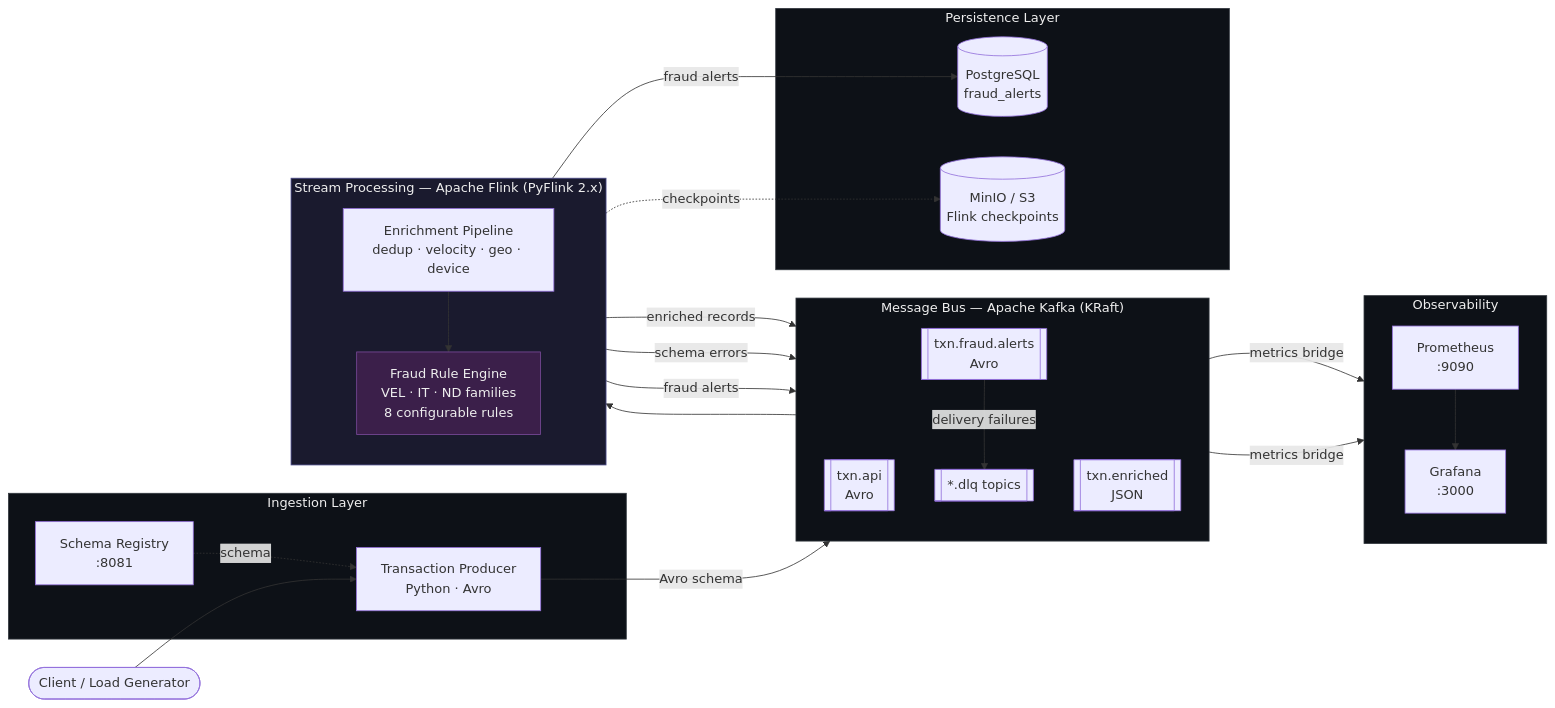
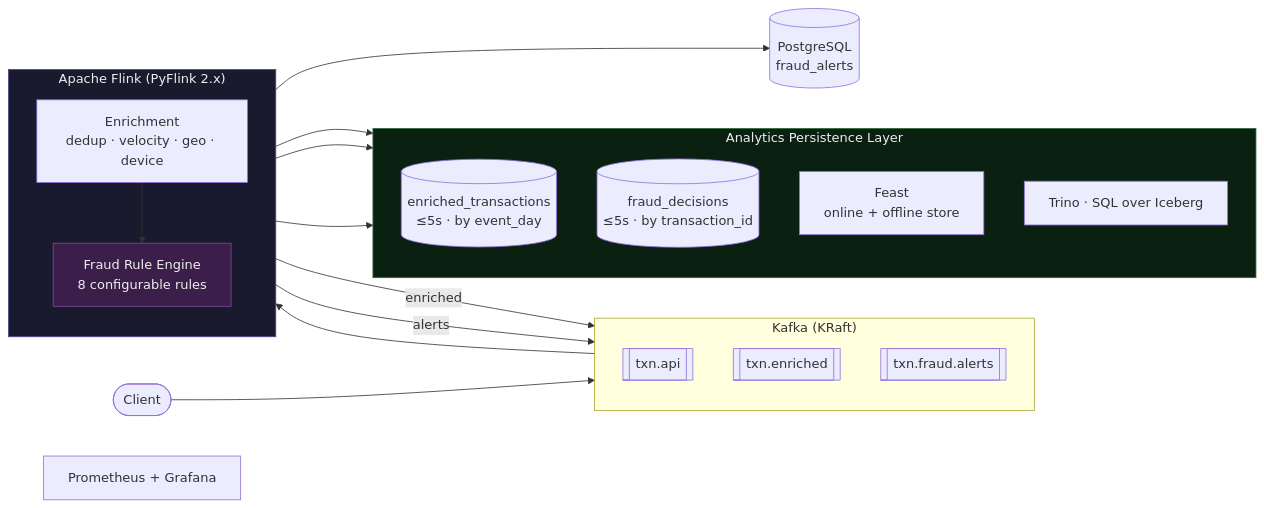
The diagram in README.md (LucasMadrid/fraudstream), drawn with Mermaid before and after one commit. The commit also changed other lines of this file and 65 other files, not shown here.

First line of the commit message:
feat(006): analytics persistence layer — Iceberg sinks, Feast store, Trino views

````diff
--- a/README.md
+++ b/README.md
@@ -71,58 +82,42 @@
 ```mermaid
 flowchart LR
-    Client(["Client / Load Generator"])
+    Client(["Client"])
 
-    subgraph Ingestion["Ingestion Layer"]
-        Producer["Transaction Producer\nPython · Avro"]
-        SchemaReg["Schema Registry\n:8081"]
+    subgraph Kafka["Kafka (KRaft)"]
+        direction TB
+        RawTopic[["txn.api"]]
+        EnrichedTopic[["txn.enriched"]]
+        AlertsTopic[["txn.fraud.alerts"]]
     end
 
-    subgraph Bus["Message Bus — Apache Kafka (KRaft)"]
+    subgraph Flink["Apache Flink (PyFlink 2.x)"]
         direction TB
-        RawTopic[["txn.api\nAvro"]]
-        EnrichedTopic[["txn.enriched\nJSON"]]
-        AlertsTopic[["txn.fraud.alerts\nAvro"]]
-        DLQTopic[["*.dlq topics"]]
+        Enrichment["Enrichment\ndedup · velocity · geo · device"]
+        Scoring["Fraud Rule Engine\n8 configurable rules"]
     end
 
-    subgraph Processing["Stream Processing — Apache Flink (PyFlink 2.x)"]
+    subgraph Analytics["Analytics Persistence Layer"]
         direction TB
-        Enrichment["Enrichment Pipeline\ndedup · velocity · geo · device"]
-        Scoring["Fraud Rule Engine\nVEL · IT · ND families\n8 configurable rules"]
+        IcebergEnriched[("enriched_transactions\n≤5s · by event_day")]
+        IcebergDecisions[("fraud_decisions\n≤5s · by transaction_id")]
+        Feast["Feast\nonline + offline store"]
+        Trino["Trino · SQL over Iceberg"]
     end
 
-    subgraph Persistence["Persistence Layer"]
-        PG[("PostgreSQL\nfraud_alerts")]
-        MinIO[("MinIO / S3\nFlink checkpoints")]
-    end
+    PG[("PostgreSQL\nfraud_alerts")]
+    Grafana["Prometheus + Grafana"]
 
-    subgraph Observability["Observability"]
-        direction TB
-        Prometheus["Prometheus\n:9090"]
-        Grafana["Grafana\n:3000"]
-    end
-
-    Client --> Producer
-    Producer -->|"Avro schema"| RawTopic
-    SchemaReg -. schema .-> Producer
-
+    Client --> RawTopic
     RawTopic --> Enrichment
     Enrichment --> Scoring
-    Enrichment -->|enriched records| EnrichedTopic
-    Enrichment -->|schema errors| DLQTopic
-    Scoring -->|fraud alerts| AlertsTopic
-    Scoring -->|fraud alerts| PG
-    AlertsTopic -->|delivery failures| DLQTopic
-    Enrichment -. checkpoints .-> MinIO
+    Enrichment -->|enriched| EnrichedTopic
+    Enrichment --> IcebergEnriched
+    Enrichment --> Feast
+    Scoring -->|alerts| AlertsTopic
+    Scoring --> PG
+    Scoring --> IcebergDecisions
 
-    AlertsTopic -->|"metrics bridge"| Prometheus
-    EnrichedTopic -->|"metrics bridge"| Prometheus
-    Prometheus --> Grafana
-
-    style Processing fill:#1a1a2e,color:#eee,stroke:#4a4a8a
+    style Flink fill:#1a1a2e,color:#eee,stroke:#4a4a8a
     style Scoring fill:#3b1f4a,color:#eee,stroke:#7a4a9a
-    style Ingestion fill:#0d1117,color:#eee,stroke:#30363d
-    style Bus fill:#0d1117,color:#eee,stroke:#30363d
-    style Persistence fill:#0d1117,color:#eee,stroke:#30363d
-    style Observability fill:#0d1117,color:#eee,stroke:#30363d
+    style Analytics fill:#0a2010,color:#eee,stroke:#2a6a3a
 ```
````
